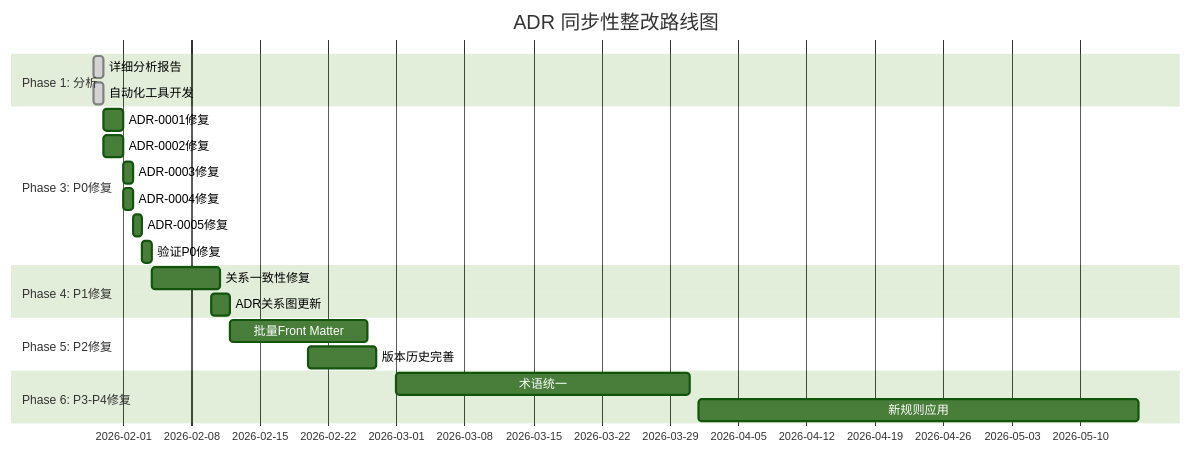
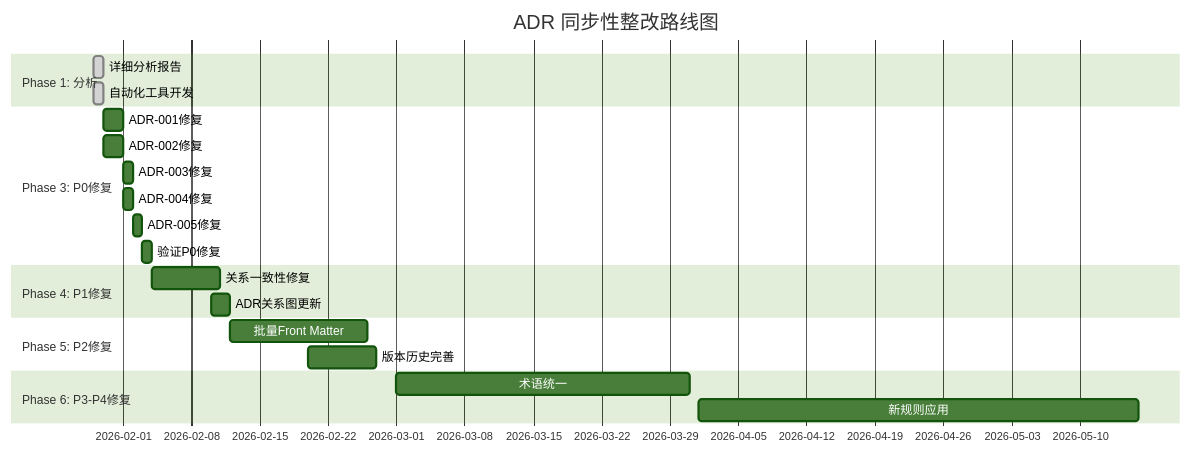
The first of 2 diagrams in docs/reports/adr-synchronization-roadmap.md (douhuaa/Zss.BilliardHall), drawn with Mermaid (forest theme) before and after one commit. The commit also changed other lines of this file and 298 other files, not shown here.

````diff
--- a/docs/reports/adr-synchronization-roadmap.md
+++ b/docs/reports/adr-synchronization-roadmap.md
@@ -10,29 +10,29 @@
 ```mermaid
 gantt
     title ADR 同步性整改路线图
     dateFormat YYYY-MM-DD
     
     section Phase 1: 分析
     详细分析报告          :done, p1-1, 2026-01-29, 1d
     自动化工具开发         :done, p1-2, 2026-01-29, 1d
     
     section Phase 3: P0修复
-    ADR-0001修复         :p3-1, 2026-01-30, 2d
-    ADR-0002修复         :p3-2, 2026-01-30, 2d
-    ADR-0003修复         :p3-3, 2026-02-01, 1d
-    ADR-0004修复         :p3-4, 2026-02-01, 1d
-    ADR-0005修复         :p3-5, 2026-02-02, 1d
+    ADR-001修复         :p3-1, 2026-01-30, 2d
+    ADR-002修复         :p3-2, 2026-01-30, 2d
+    ADR-003修复         :p3-3, 2026-02-01, 1d
+    ADR-004修复         :p3-4, 2026-02-01, 1d
+    ADR-005修复         :p3-5, 2026-02-02, 1d
     验证P0修复           :p3-6, 2026-02-03, 1d
     
     section Phase 4: P1修复
     关系一致性修复        :p4-1, 2026-02-04, 7d
     ADR关系图更新        :p4-2, 2026-02-10, 2d
     
     section Phase 5: P2修复
     批量Front Matter     :p5-1, 2026-02-12, 14d
     版本历史完善         :p5-2, 2026-02-20, 7d
     
     section Phase 6: P3-P4修复
     术语统一            :p6-1, 2026-03-01, 30d
     新规则应用          :p6-2, 2026-04-01, 45d
 ```
````
